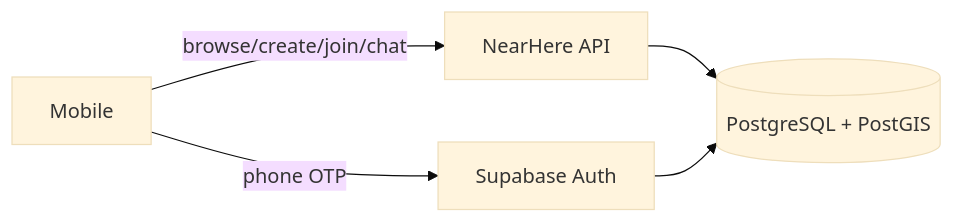
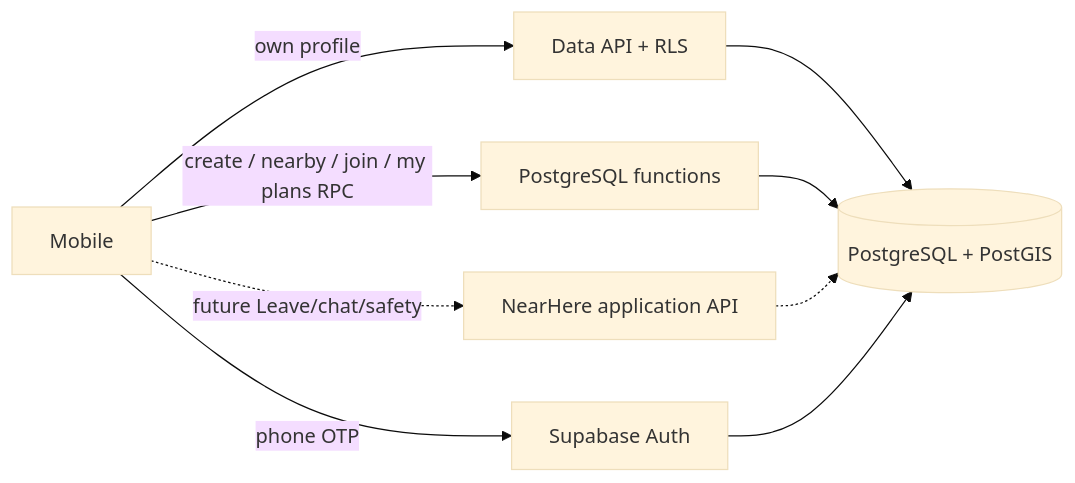
Before and after one commit to ansh0eman/NearHere: the third of 5 diagrams in docs/technical-architecture.md, drawn with Mermaid (base theme). The commit also changed other lines of this file and 33 other files, not shown here.

Commit message:
feat: add capacity-safe join and private plans

````diff
--- a/docs/technical-architecture.md
+++ b/docs/technical-architecture.md
@@ -58,7 +59,11 @@
 ```mermaid
 flowchart LR
     APP["Mobile"] -->|"phone OTP"| AUTH["Supabase Auth"]
-    APP -->|"browse/create/join/chat"| API["NearHere API"]
-    API --> DB[("PostgreSQL + PostGIS")]
+    APP -->|"own profile"| DATA["Data API + RLS"]
+    APP -->|"create / nearby / join / my plans RPC"| FN["PostgreSQL functions"]
+    APP -. "future Leave/chat/safety" .-> API["NearHere application API"]
+    DATA --> DB[("PostgreSQL + PostGIS")]
+    FN --> DB
+    API -.-> DB
     AUTH --> DB
 ```
````
